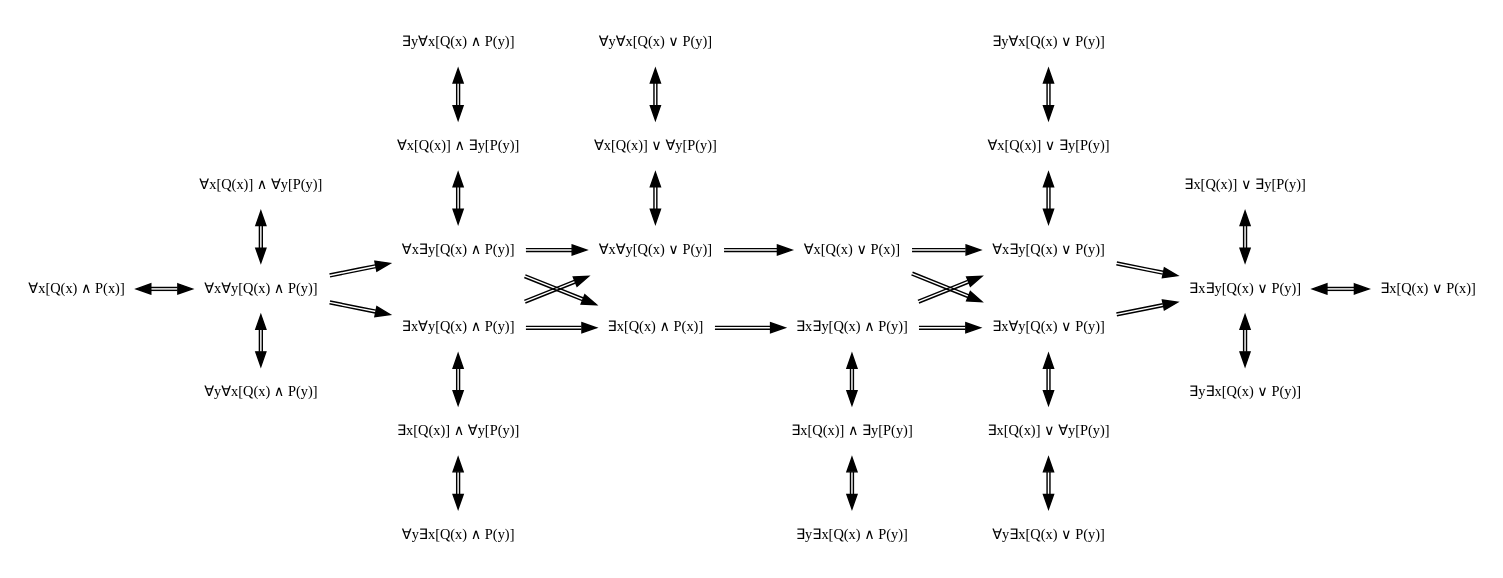
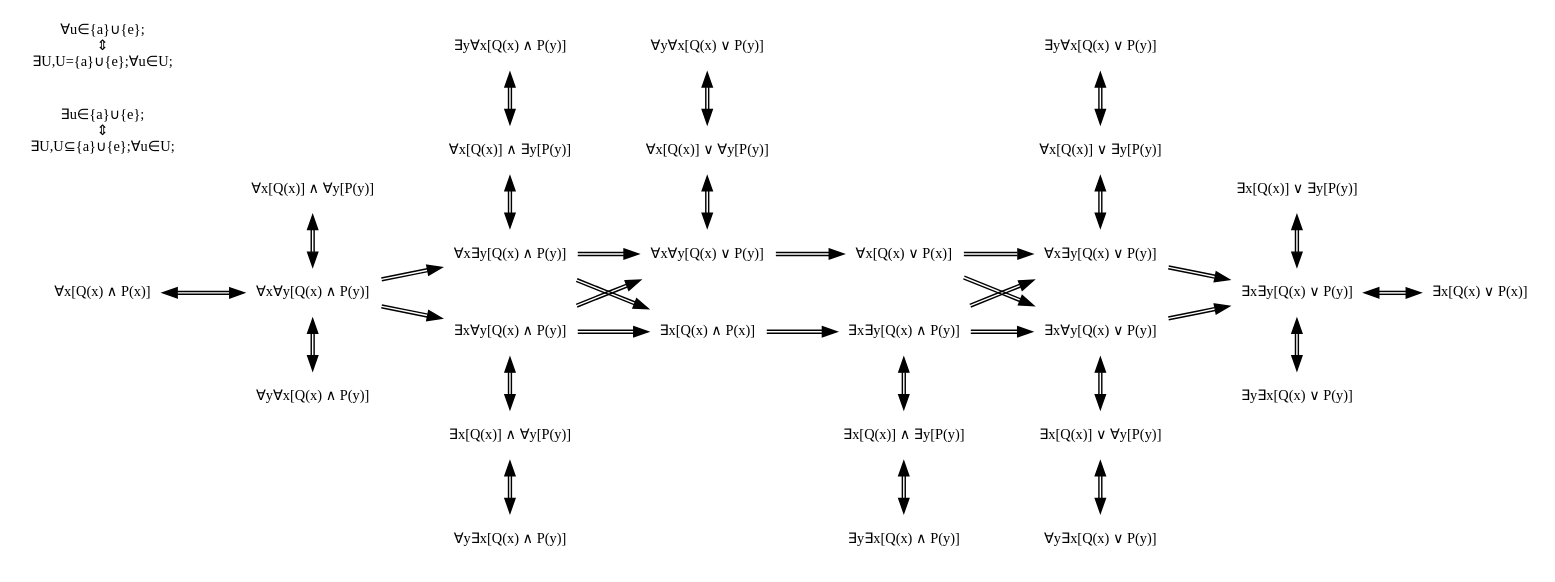
Before and after one commit to bss9395/bss9395.github.io: the diagram in _zh/Timeline/The_Natural/figures/Logistics/Binary_Predicate_∧_∨.gv, drawn with Graphviz. The commit also changed 2 other files, not shown here.

```diff
--- a/_zh/Timeline/The_Natural/figures/Logistics/Binary_Predicate_∧_∨.gv
+++ b/_zh/Timeline/The_Natural/figures/Logistics/Binary_Predicate_∧_∨.gv
@@ -1,31 +1,31 @@
 digraph{
     node[fontname="Consola", fontsize="10"];
     edge[fontname="Consola", fontsize="10"];
     graph[fontname="Consola", fontsize="10", charset="utf-8"];
     graph[compound="true", clusterrank="global", newrank="true"];
 
     node[shape="plaintext"];
     edge[color="black:black"];
     graph[pagedir="TL", rankdir="LR"];
 
-        {rank="same"; AxM[label="∀x[Q(x) ∧ P(x)]"];}
+        {rank="same"; Au[label="∀u∈{a}∪{e}; \n ⇕ \n ∃U,U={a}∪{e};∀u∈U;"]; Eu[label="∃u∈{a}∪{e}; \n ⇕ \n ∃U,U⊆{a}∪{e};∀u∈U;"]; AxM[label="∀x[Q(x) ∧ P(x)]"];}
         {rank="same"; AxMAy[label="∀x[Q(x)] ∧ ∀y[P(y)]"]; AxAyM[label="∀x∀y[Q(x) ∧ P(y)]"]; AyAxM[label="∀y∀x[Q(x) ∧ P(y)]"];}
         {rank="same"; EyAxM[label="∃y∀x[Q(x) ∧ P(y)]"]; AxMEy[label="∀x[Q(x)] ∧ ∃y[P(y)]"]; AxEyM[label="∀x∃y[Q(x) ∧ P(y)]"]; ExAyM[label="∃x∀y[Q(x) ∧ P(y)]"];   ExMAy[label="∃x[Q(x)] ∧ ∀y[P(y)]"]; AyExM[label="∀y∃x[Q(x) ∧ P(y)]"];}
         {rank="same"; AyAxW[label="∀y∀x[Q(x) ∨ P(y)]"]; AxWAy[label="∀x[Q(x)] ∨ ∀y[P(y)]"]; AxAyW[label="∀x∀y[Q(x) ∨ P(y)]"]; ExM[label="∃x[Q(x) ∧ P(x)]"];}
         {rank="same"; AxW[label="∀x[Q(x) ∨ P(x)]"]; ExEyM[label="∃x∃y[Q(x) ∧ P(y)]"];   ExMEy[label="∃x[Q(x)] ∧ ∃y[P(y)]"]; EyExM[label="∃y∃x[Q(x) ∧ P(y)]"]}
         {rank="same"; EyAxW[label="∃y∀x[Q(x) ∨ P(y)]"]; AxWEy[label="∀x[Q(x)] ∨ ∃y[P(y)]"]; AxEyW[label="∀x∃y[Q(x) ∨ P(y)]"]; ExAyW[label="∃x∀y[Q(x) ∨ P(y)]"];   ExWAy[label="∃x[Q(x)] ∨ ∀y[P(y)]"]; AyExW[label="∀y∃x[Q(x) ∨ P(y)]"];}
         {rank="same"; ExWEy[label="∃x[Q(x)] ∨ ∃y[P(y)]"]; ExEyW[label="∃x∃y[Q(x) ∨ P(y)]"]; EyExW[label="∃y∃x[Q(x) ∨ P(y)]"];}
         {rank="same"; ExW[label="∃x[Q(x) ∨ P(x)]"];}
 
-                                AxMAy->AxAyM[dir="both", minlen=2]; EyAxM->AxMEy[dir="both", minlen=2]; AyAxW->AxWAy[dir="both", minlen=2]; AxW->ExEyM[style="invis"];          EyAxW->AxWEy[dir="both", minlen=2]; ExWEy->ExEyW[dir="both", minlen=2];
-                                AxAyM->AyAxM[dir="both", minlen=2]; AxMEy->AxEyM[dir="both", minlen=2]; AxWAy->AxAyW[dir="both", minlen=2]; ExEyM->ExMEy[dir="both", minlen=2]; AxWEy->AxEyW[dir="both", minlen=2]; ExEyW->EyExW[dir="both", minlen=2];
-                                                                    AxEyM->ExAyM[style="invis"];        AxAyW->ExM[style="invis"];          ExMEy->EyExM[dir="both", minlen=2]; AxEyW->ExAyW[style="invis"];
-                                                                    ExAyM->ExMAy[dir="both", minlen=2];                                                                         ExAyW->ExWAy[dir="both", minlen=2];
-                                                                    ExMAy->AyExM[dir="both", minlen=2];                                                                         ExWAy->AyExW[dir="both", minlen=2];
+        Au->Eu[style="invis"];    AxMAy->AxAyM[dir="both", minlen=2]; EyAxM->AxMEy[dir="both", minlen=2]; AyAxW->AxWAy[dir="both", minlen=2]; AxW->ExEyM[style="invis"];          EyAxW->AxWEy[dir="both", minlen=2]; ExWEy->ExEyW[dir="both", minlen=2];
+                                  AxAyM->AyAxM[dir="both", minlen=2]; AxMEy->AxEyM[dir="both", minlen=2]; AxWAy->AxAyW[dir="both", minlen=2]; ExEyM->ExMEy[dir="both", minlen=2]; AxWEy->AxEyW[dir="both", minlen=2]; ExEyW->EyExW[dir="both", minlen=2];
+                                                                      AxEyM->ExAyM[style="invis"];        AxAyW->ExM[style="invis"];          ExMEy->EyExM[dir="both", minlen=2]; AxEyW->ExAyW[style="invis"];
+                                                                      ExAyM->ExMAy[dir="both", minlen=2];                                                                         ExAyW->ExWAy[dir="both", minlen=2];
+                                                                      ExMAy->AyExM[dir="both", minlen=2];                                                                         ExWAy->AyExW[dir="both", minlen=2];
 
-        AxM->AxAyM[dir="both"]; AxAyM->AxEyM;                       AxEyM->AxAyW;                       AxAyW->AxW;                         AxW->AxEyW;                         AxEyW->ExEyW;                       ExEyW->ExW[dir="both"];
-                                AxAyM->ExAyM;                       ExAyM->ExM;                         ExM->ExEyM;                         ExEyM->ExAyW;                       ExAyW->ExEyW;
+        AxM->AxAyM[dir="both"];   AxAyM->AxEyM;                       AxEyM->AxAyW;                       AxAyW->AxW;                         AxW->AxEyW;                         AxEyW->ExEyW;                       ExEyW->ExW[dir="both"];
+                                  AxAyM->ExAyM;                       ExAyM->ExM;                         ExM->ExEyM;                         ExEyM->ExAyW;                       ExAyW->ExEyW;
 
-                                                                    AxEyM->ExM;                                                             AxW->ExAyW;
-                                                                    ExAyM->AxAyW;                                                           ExEyM->AxEyW;
+        Au->EyAxM[style="invis"];                                     AxEyM->ExM;                                                             AxW->ExAyW;
+                                                                      ExAyM->AxAyW;                                                           ExEyM->AxEyW;
 }
```
